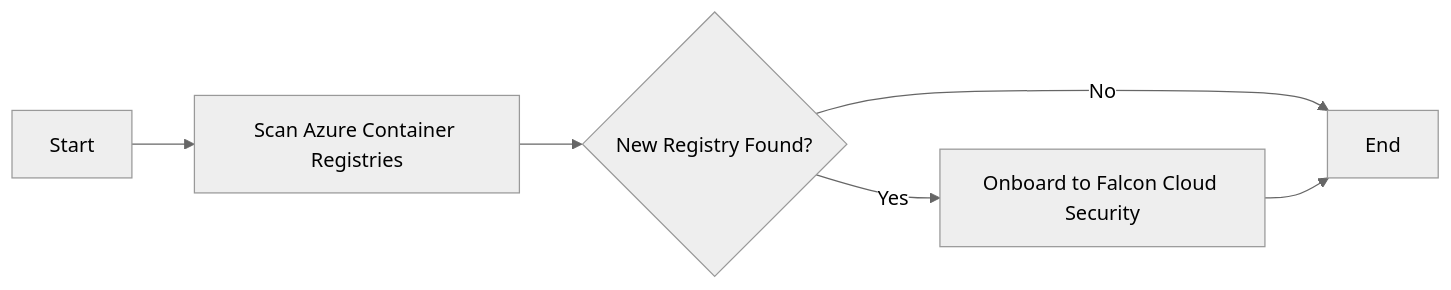
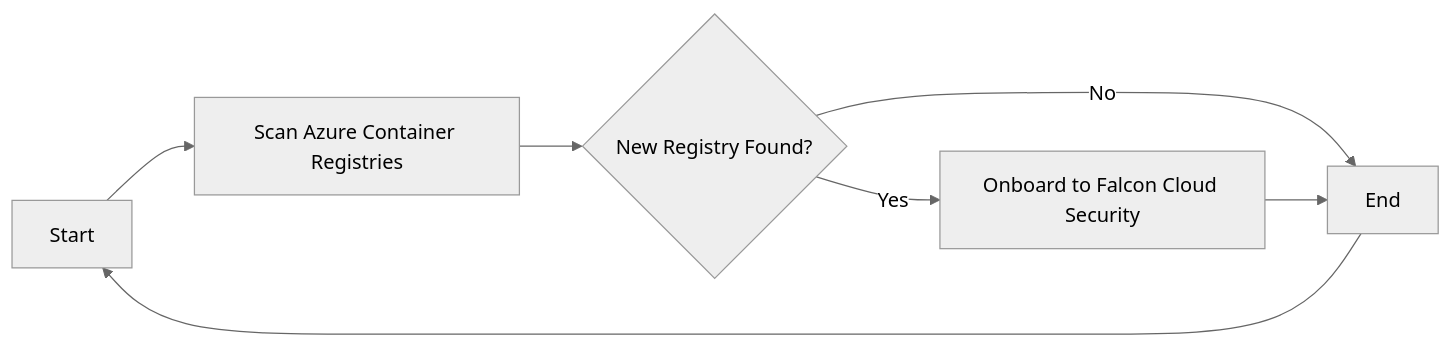
One commit to mikedzikowski/OnBoardAzureContainerRegistryApi changed the diagram in README.MD. Above: the diagram before and after it, drawn with Mermaid (neutral theme).

Commit message:
loop mermaid

````diff
--- a/README.MD
+++ b/README.MD
@@ -5,8 +5,8 @@
 ```mermaid
 graph LR;
     A[Start] --> B[Scan Azure Container Registries]
     B --> C{New Registry Found?}
     C -- Yes --> D[Onboard to Falcon Cloud Security]
     C -- No --> E[End]
-    D --> E
+    D --> E --> A[Start]
 ```
````
